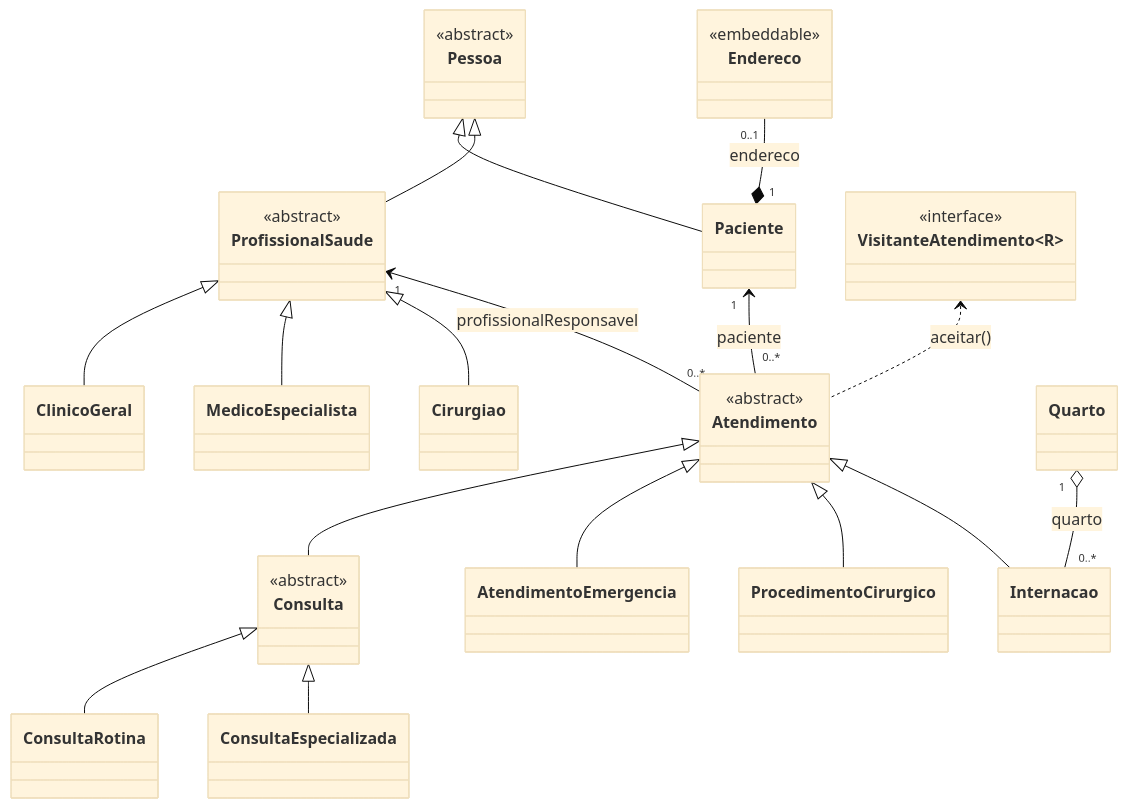
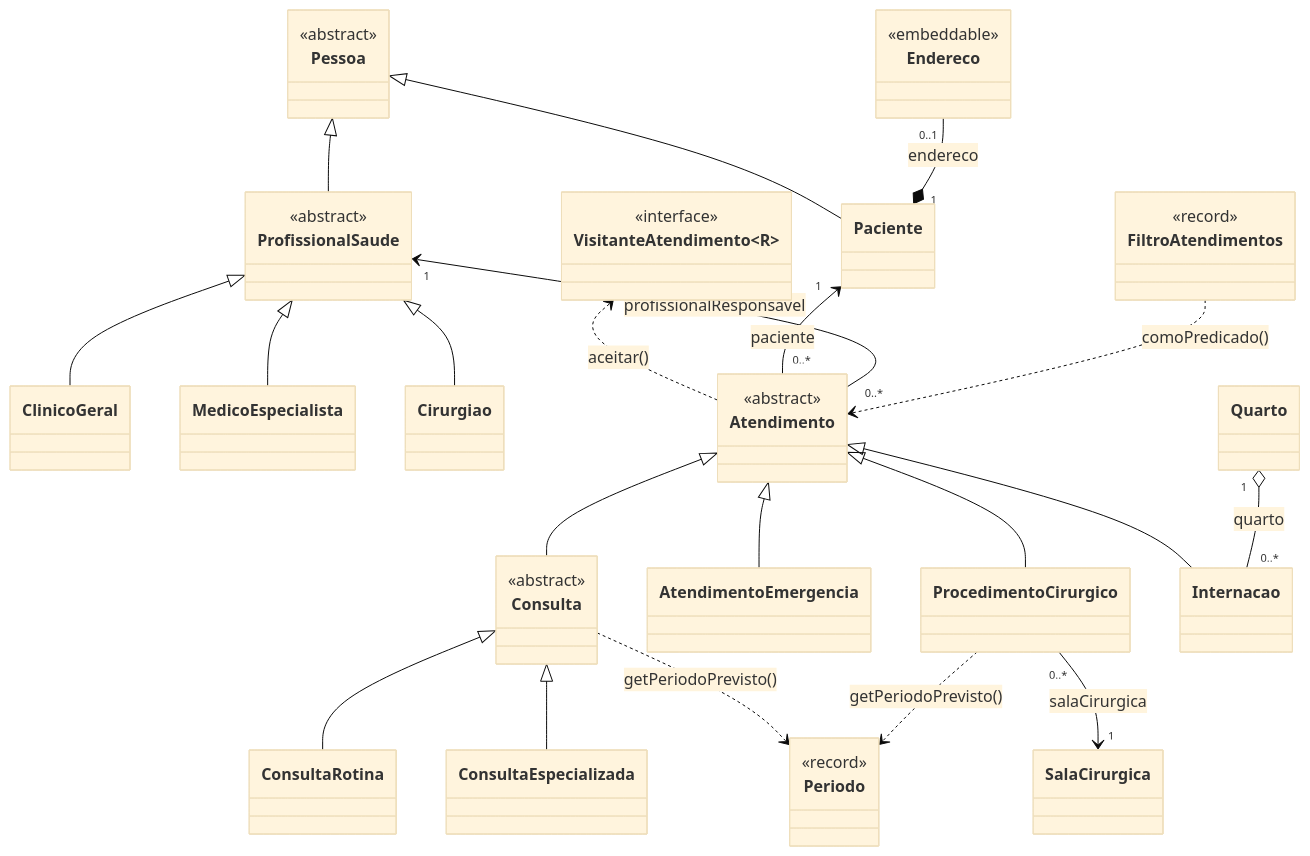
The first of 13 diagrams in docs/diagrama-de-classes.md (pedrolsrt/sistema-hospitalar), drawn with Mermaid (base theme) before and after one commit. The commit also changed other lines of this file and 8 other files, not shown here.

Commit message:
docs: atualiza README e diagramas da Sprint 3

````diff
--- a/docs/diagrama-de-classes.md
+++ b/docs/diagrama-de-classes.md
@@ -86,38 +99,45 @@
 ```mermaid
 classDiagram
     direction TB
 
     class Pessoa { <<abstract>> }
     class ProfissionalSaude { <<abstract>> }
     class ClinicoGeral
     class MedicoEspecialista
     class Cirurgiao
     class Paciente
     class Endereco { <<embeddable>> }
     class Atendimento { <<abstract>> }
     class Consulta { <<abstract>> }
     class ConsultaRotina
     class ConsultaEspecializada
     class AtendimentoEmergencia
     class ProcedimentoCirurgico
     class Internacao
     class Quarto
+    class SalaCirurgica
+    class Periodo { <<record>> }
+    class FiltroAtendimentos { <<record>> }
     class VisitanteAtendimento~R~ { <<interface>> }
 
     Pessoa <|-- Paciente
     Pessoa <|-- ProfissionalSaude
     ProfissionalSaude <|-- ClinicoGeral
     ProfissionalSaude <|-- MedicoEspecialista
     ProfissionalSaude <|-- Cirurgiao
     Atendimento <|-- Consulta
     Atendimento <|-- AtendimentoEmergencia
     Atendimento <|-- ProcedimentoCirurgico
     Atendimento <|-- Internacao
     Consulta <|-- ConsultaRotina
     Consulta <|-- ConsultaEspecializada
     Quarto "1" o-- "0..*" Internacao : quarto
     VisitanteAtendimento <.. Atendimento : aceitar()
     Paciente "1" <-- "0..*" Atendimento : paciente
     ProfissionalSaude "1" <-- "0..*" Atendimento : profissionalResponsavel
     Endereco "0..1" --* "1" Paciente : endereco
+    ProcedimentoCirurgico "0..*" --> "1" SalaCirurgica : salaCirurgica
+    Consulta ..> Periodo : getPeriodoPrevisto()
+    ProcedimentoCirurgico ..> Periodo : getPeriodoPrevisto()
+    FiltroAtendimentos ..> Atendimento : comoPredicado()
 ```
````
